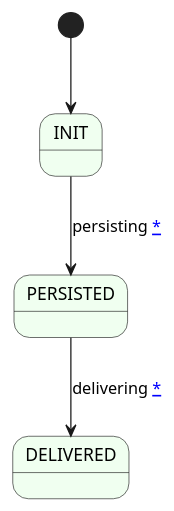
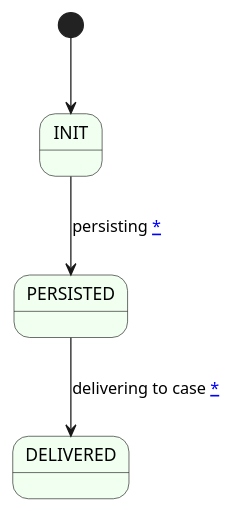
One commit to ONSdigital/rm-sample-service changed the diagram in diagrams/sample-unit-state.puml. Above: the diagram before and after it, drawn with PlantUML.

Commit message:
Another small tweak

```diff
--- a/diagrams/sample-unit-state.puml
+++ b/diagrams/sample-unit-state.puml
@@ -1,9 +1,9 @@
 @startuml
 skinparam state {
     BackgroundColor HoneyDew
 }
 
 [*] --> INIT
 INIT --> PERSISTED : persisting [[https://github.com/ONSdigital/rm-sample-service/blob/main/src/main/java/uk/gov/ons/ctp/response/sample/service/impl/SampleServiceImpl.java#L201 *]]
-PERSISTED --> DELIVERED : delivering [[https://github.com/ONSdigital/rm-sample-service/blob/main/src/main/java/uk/gov/ons/ctp/response/sample/service/SampleDistributionService.java#L103 *]]
+PERSISTED --> DELIVERED : delivering to case [[https://github.com/ONSdigital/rm-sample-service/blob/main/src/main/java/uk/gov/ons/ctp/response/sample/service/SampleDistributionService.java#L103 *]]
 @enduml
```
